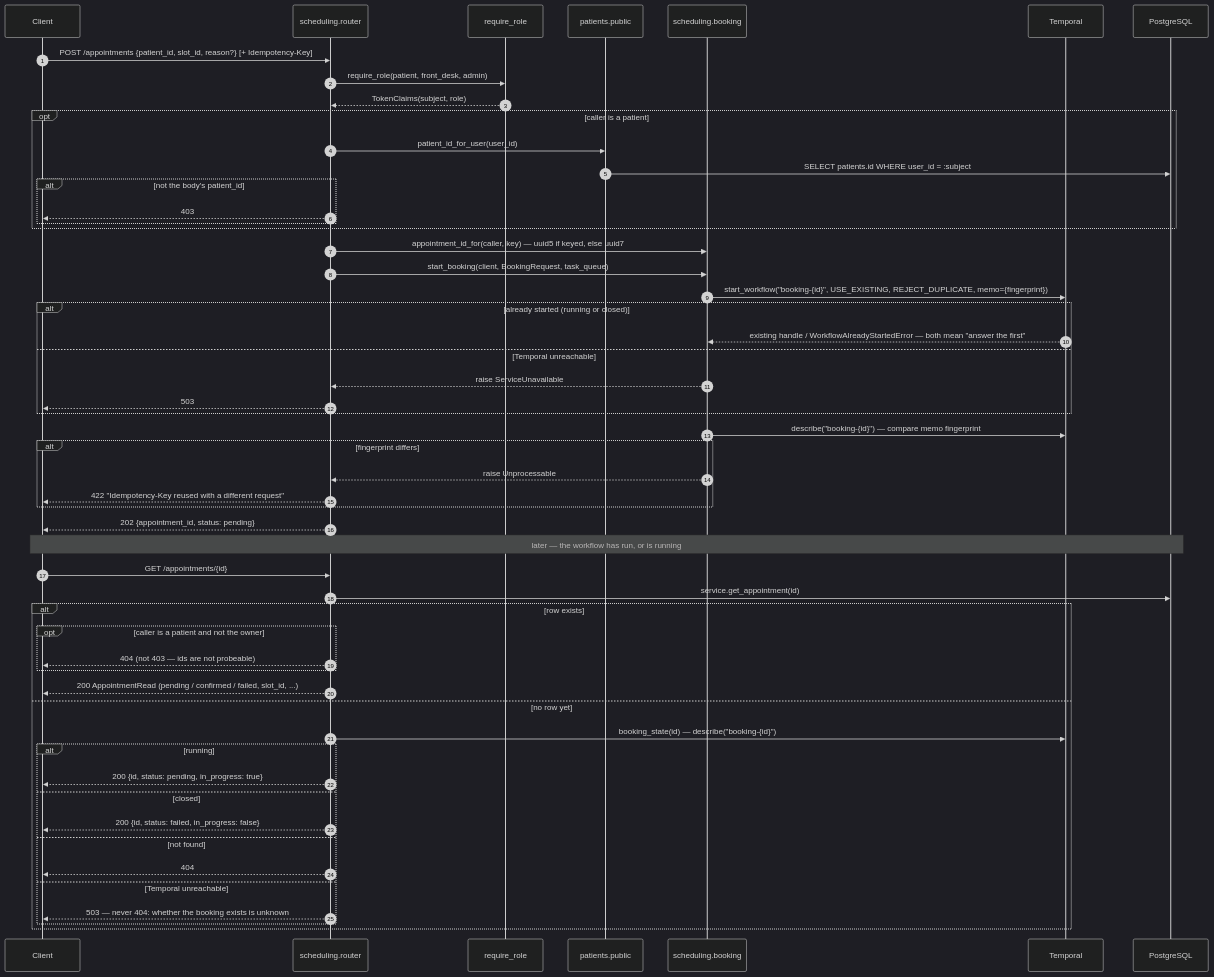
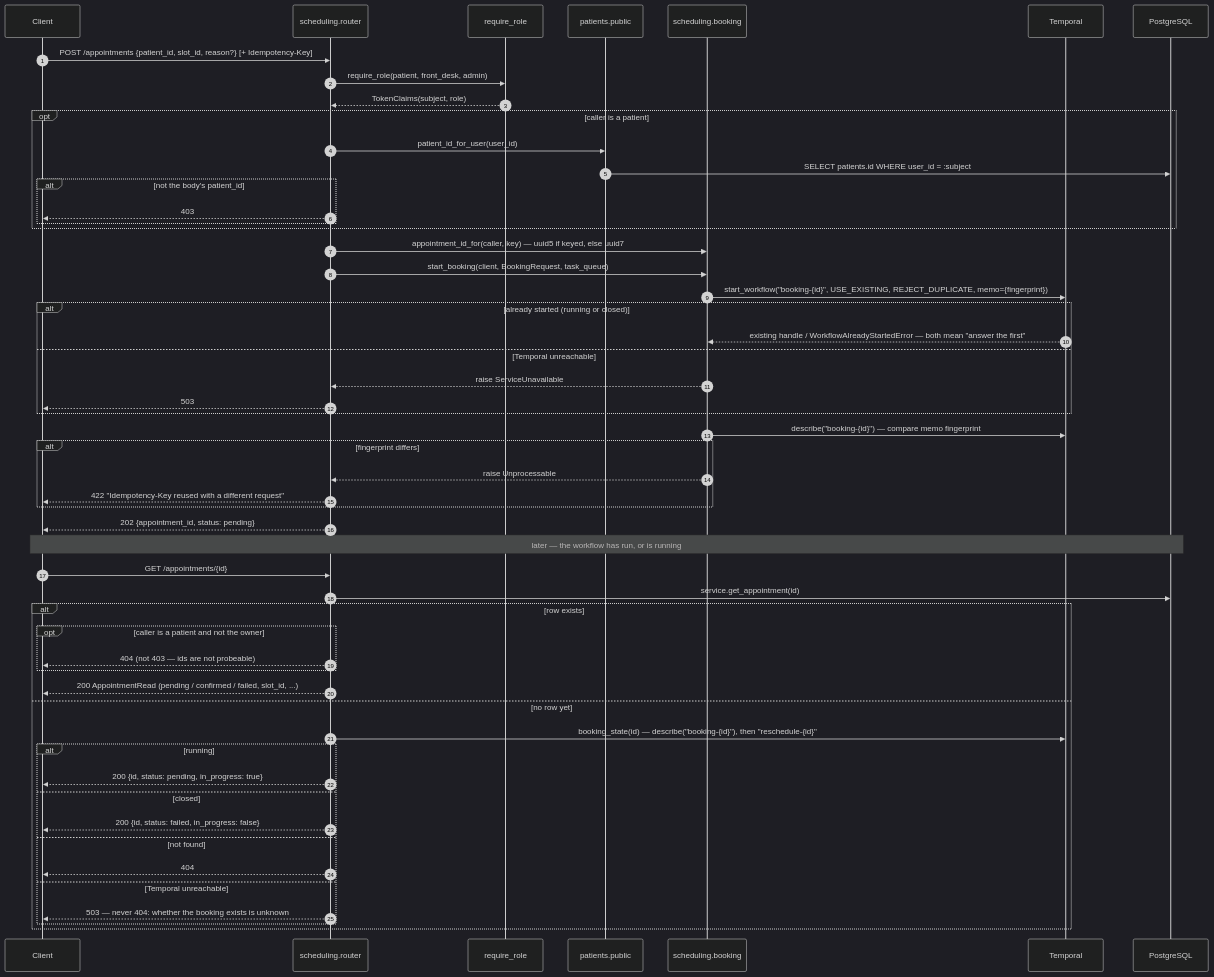
One commit to sadainiqrar/smarthealth changed the seventh of 12 diagrams in docs/ARCHITECTURE.md. Above: the diagram before and after it, drawn with Mermaid (dark theme). The commit also changed other lines of this file and 3 other files, not shown here.

````diff
--- a/docs/ARCHITECTURE.md
+++ b/docs/ARCHITECTURE.md
@@ -775,59 +778,59 @@
 ```mermaid
 sequenceDiagram
     autonumber
     participant C as Client
     participant R as scheduling.router
     participant A as require_role
     participant PP as patients.public
     participant B as scheduling.booking
     participant T as Temporal
     participant P as PostgreSQL
 
     C->>R: POST /appointments {patient_id, slot_id, reason?} [+ Idempotency-Key]
     R->>A: require_role(patient, front_desk, admin)
     A-->>R: TokenClaims(subject, role)
     opt caller is a patient
         R->>PP: patient_id_for_user(user_id)
         PP->>P: SELECT patients.id WHERE user_id = :subject
         alt not the body's patient_id
             R-->>C: 403
         end
     end
     R->>B: appointment_id_for(caller, key) — uuid5 if keyed, else uuid7
     R->>B: start_booking(client, BookingRequest, task_queue)
     B->>T: start_workflow("booking-{id}", USE_EXISTING, REJECT_DUPLICATE, memo={fingerprint})
     alt already started (running or closed)
         T-->>B: existing handle / WorkflowAlreadyStartedError — both mean "answer the first"
     else Temporal unreachable
         B-->>R: raise ServiceUnavailable
         R-->>C: 503
     end
     B->>T: describe("booking-{id}") — compare memo fingerprint
     alt fingerprint differs
         B-->>R: raise Unprocessable
         R-->>C: 422 "Idempotency-Key reused with a different request"
     end
     R-->>C: 202 {appointment_id, status: pending}
 
     Note over C,P: later — the workflow has run, or is running
 
     C->>R: GET /appointments/{id}
     R->>P: service.get_appointment(id)
     alt row exists
         opt caller is a patient and not the owner
             R-->>C: 404 (not 403 — ids are not probeable)
         end
         R-->>C: 200 AppointmentRead (pending / confirmed / failed, slot_id, ...)
     else no row yet
-        R->>T: booking_state(id) — describe("booking-{id}")
+        R->>T: booking_state(id) — describe("booking-{id}"), then "reschedule-{id}"
         alt running
             R-->>C: 200 {id, status: pending, in_progress: true}
         else closed
             R-->>C: 200 {id, status: failed, in_progress: false}
         else not found
             R-->>C: 404
         else Temporal unreachable
             R-->>C: 503 — never 404: whether the booking exists is unknown
         end
     end
 ```
````
